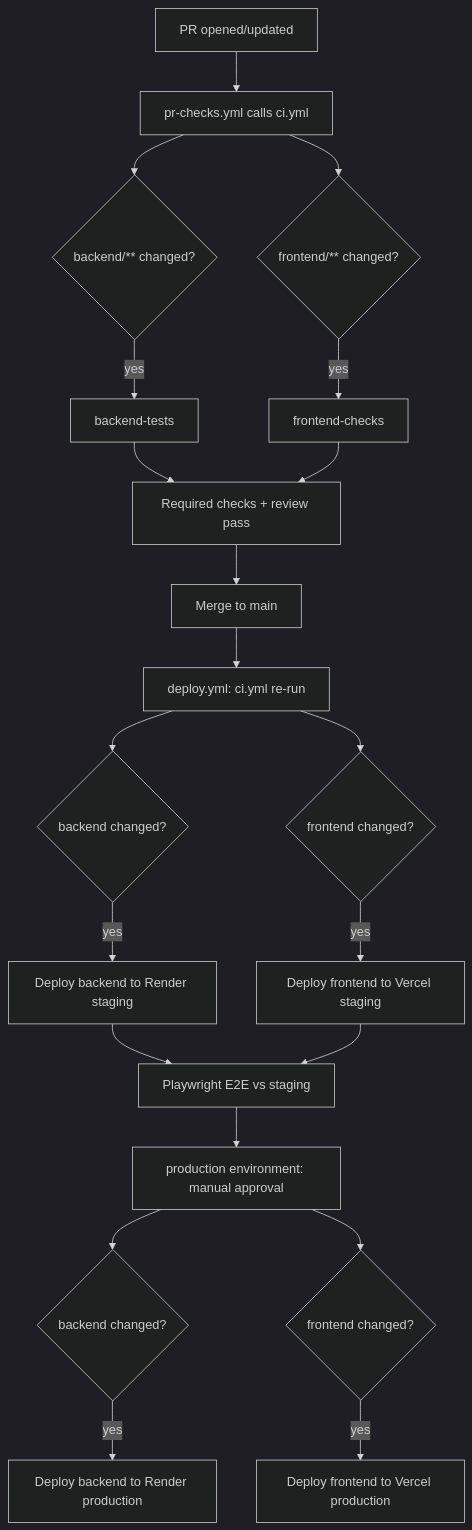
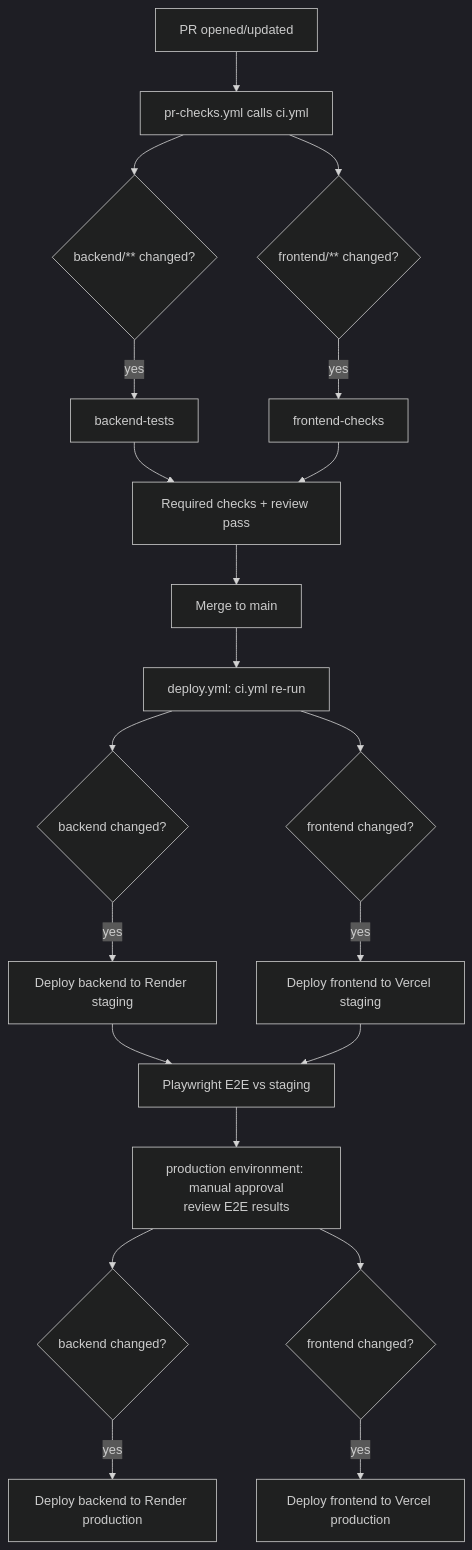
One commit to tylersocholotuik/workout-log-app changed the diagram in docs/ci-cd.md. Above: the diagram before and after it, drawn with Mermaid (dark theme). The commit also changed other lines of this file and 2 other files, not shown here.

Commit message:
fix: update deployment process to allow production deploys without e2e-staging passing (#66)

````diff
--- a/docs/ci-cd.md
+++ b/docs/ci-cd.md
@@ -9,23 +9,23 @@
 ```mermaid
 flowchart TD
     A[PR opened/updated] --> B[pr-checks.yml calls ci.yml]
     B --> C{backend/** changed?}
     B --> D{frontend/** changed?}
     C -->|yes| E[backend-tests]
     D -->|yes| F[frontend-checks]
     E --> G[Required checks + review pass]
     F --> G
     G --> H[Merge to main]
     H --> I[deploy.yml: ci.yml re-run]
     I --> J{backend changed?}
     I --> K{frontend changed?}
     J -->|yes| L[Deploy backend to Render staging]
     K -->|yes| M[Deploy frontend to Vercel staging]
     L --> N[Playwright E2E vs staging]
     M --> N
-    N --> O[production environment: manual approval]
+    N --> O[production environment: manual approval<br/>review E2E results]
     O --> P{backend changed?}
     O --> Q{frontend changed?}
     P -->|yes| R[Deploy backend to Render production]
     Q -->|yes| S[Deploy frontend to Vercel production]
 ```
````
